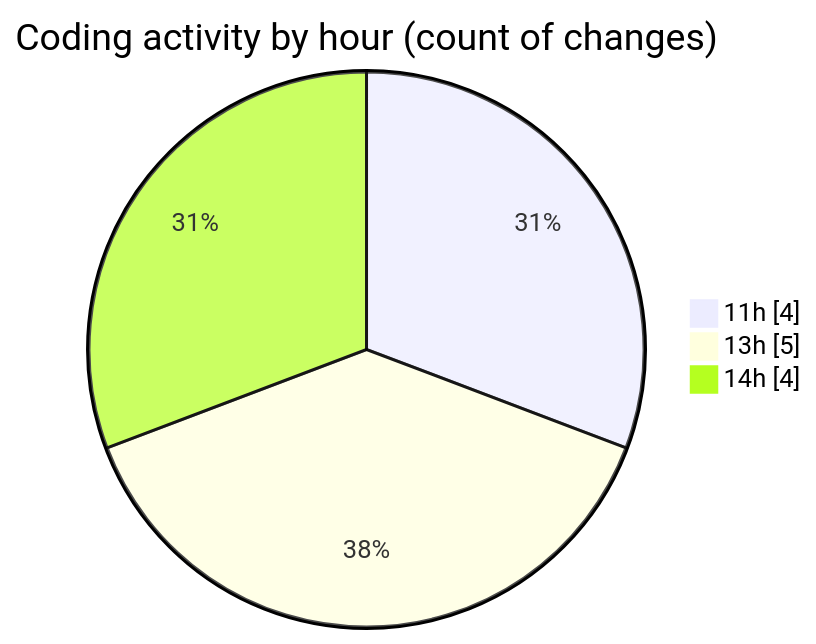
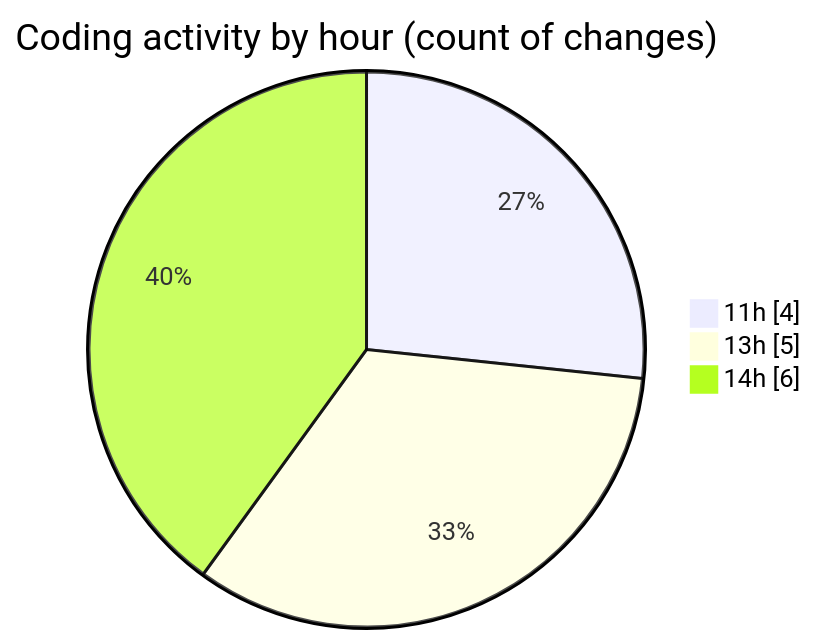
One commit to momahboobian/code-tracking changed the second of 2 diagrams in 2025-05-13/cda/README.md. Above: the diagram before and after it, drawn with Mermaid. The commit also changed other lines of this file and 1 other file, not shown here.

````diff
--- a/2025-05-13/cda/README.md
+++ b/2025-05-13/cda/README.md
@@ -34,7 +34,7 @@
 ```mermaid
 pie showData
 title Coding activity by hour (count of changes)
 "11h" : 4
 "13h" : 5
-"14h" : 4
+"14h" : 6
 ```
````
